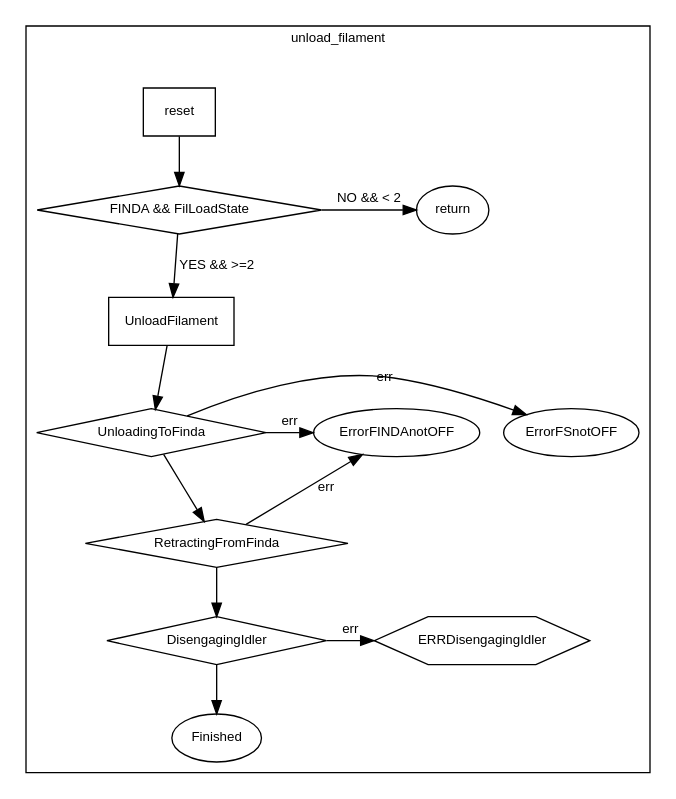
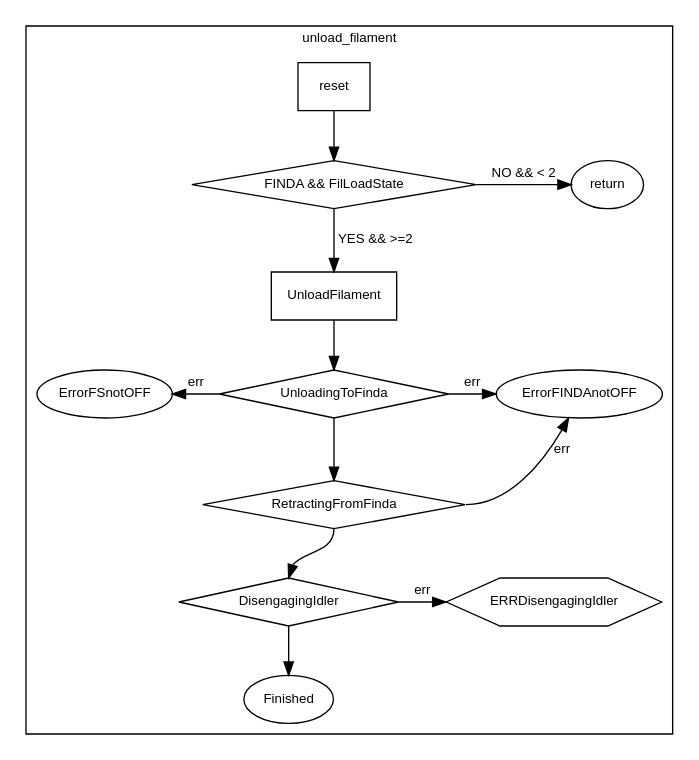
The diagram in src/logic/unload_filament.dot (prusa3d/Prusa-Firmware-MMU), drawn with Graphviz before and after one commit. The commit also changed 5 other files, not shown here.

```diff
--- a/src/logic/unload_filament.dot
+++ b/src/logic/unload_filament.dot
@@ -1,33 +1,40 @@
 digraph architecture {
-   graph [fontname=Helvetica, fontsize=10];
-   node [shape=record, fontname=Helvetica, fontsize=10];
-   edge [fontname=Helvetica, fontsize=10];
+   graph [fontname=Helvetica, fontsize=10]
+   node [shape=record, fontname=Helvetica, fontsize=10]
+   edge [fontname=Helvetica, fontsize=10]
    compound=true;
    subgraph cluster_unload_filament { label="unload_filament"
-        reset;
-        UnloadFilament [ URL="\ref logic::UnloadFilament"];
-        finda_FilLoadState [ shape=diamond, label="FINDA && FilLoadState"];
-        return [shape="oval"];
-        UnloadingToFinda [ URL="\ref logic::UnloadingToFinda", shape=diamond];
-        ErrorFSnotOFF [shape=oval];
-        ErrorFINDAnotOFF [shape=oval];
-        RetractingFromFinda [shape=diamond];
-        DisengagingIdler [shape=diamond];
-        ERRDisengagingIdler [shape=hexagon];
-        Finished [shape=oval];
-        {rank = same; finda_FilLoadState; return;}
-        {rank = same; ErrorFSnotOFF; UnloadingToFinda; ErrorFINDAnotOFF;}
-        {rank = same; DisengagingIdler; ERRDisengagingIdler;}
+        reset
+        UnloadFilament [ URL="\ref logic::UnloadFilament"]
+        finda_FilLoadState [ shape=diamond, label="FINDA && FilLoadState"]
+        return [shape="oval"]
+        UnloadingToFinda [ URL="\ref logic::UnloadingToFinda", shape=diamond]
+        ErrorFSnotOFF [shape=oval]
+        ErrorFINDAnotOFF [shape=oval]
+        RetractingFromFinda [shape=diamond]
+        DisengagingIdler [shape=diamond]
+        ERRDisengagingIdler [shape=hexagon]
+        Finished [shape=oval]
+        {rank = same
+        finda_FilLoadState return
+        }
+        {rank = same
+        edge[ style=invis]
+        ErrorFSnotOFF -> UnloadingToFinda-> ErrorFINDAnotOFF
+        }
+        {rank = same
+        DisengagingIdler ERRDisengagingIdler
+        }
    }
    reset -> finda_FilLoadState
-   finda_FilLoadState -> return [label="NO && < 2"];
-   finda_FilLoadState -> UnloadFilament [label="YES && >=2"];
-   UnloadFilament -> UnloadingToFinda;
-   UnloadingToFinda -> ErrorFSnotOFF [label="err"];
-   UnloadingToFinda -> ErrorFINDAnotOFF [label="err"];
-   UnloadingToFinda -> RetractingFromFinda;
-   RetractingFromFinda -> ErrorFINDAnotOFF [label="err"];
-   RetractingFromFinda -> DisengagingIdler;
-   DisengagingIdler -> ERRDisengagingIdler [label="err"];
-   DisengagingIdler -> Finished;
+   finda_FilLoadState -> return [label="NO && < 2"]
+   finda_FilLoadState -> UnloadFilament [label="YES && >=2"]
+   UnloadFilament -> UnloadingToFinda
+   UnloadingToFinda -> ErrorFSnotOFF [label="err"]
+   UnloadingToFinda -> ErrorFINDAnotOFF [label="err"]
+   UnloadingToFinda -> RetractingFromFinda
+   RetractingFromFinda:e -> ErrorFINDAnotOFF [label="err"]
+   RetractingFromFinda:s -> DisengagingIdler:n
+   DisengagingIdler -> ERRDisengagingIdler [label="err"]
+   DisengagingIdler -> Finished
 }
```
